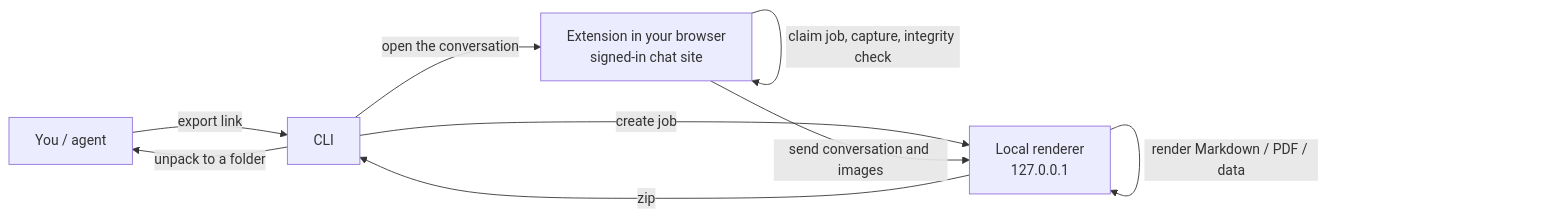
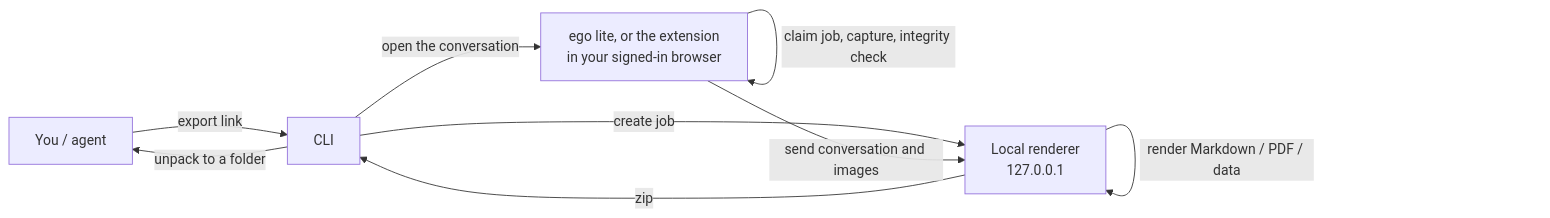
One commit to amethyst-cosmos/convo-vault changed the diagram in README.md. Above: the diagram before and after it, drawn with Mermaid. The commit also changed other lines of this file and 19 other files, not shown here.

First line of the commit message:
docs: include ego lite wherever the extension was the only way (0.16.4)

````diff
--- a/README.md
+++ b/README.md
@@ -188,11 +188,11 @@
 ```mermaid
 flowchart LR
     A["You / agent"] -->|"export link"| B["CLI"]
     B -->|"create job"| C["Local renderer<br/>127.0.0.1"]
-    B -->|"open the conversation"| D["Extension in your browser<br/>signed-in chat site"]
+    B -->|"open the conversation"| D["ego lite, or the extension<br/>in your signed-in browser"]
     D -->|"claim job, capture, integrity check"| D
     D -->|"send conversation and images"| C
     C -->|"render Markdown / PDF / data"| C
     C -->|"zip"| B
     B -->|"unpack to a folder"| A
 ```
````
